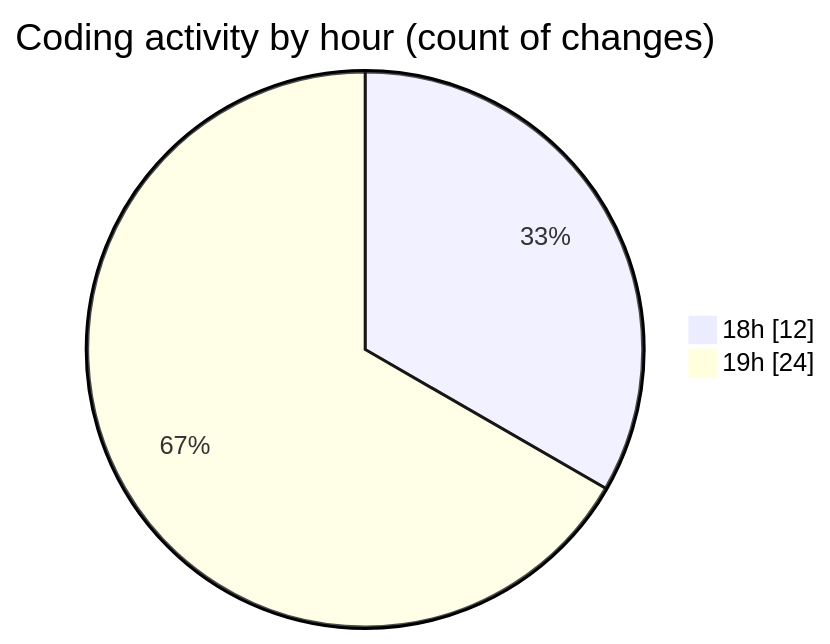
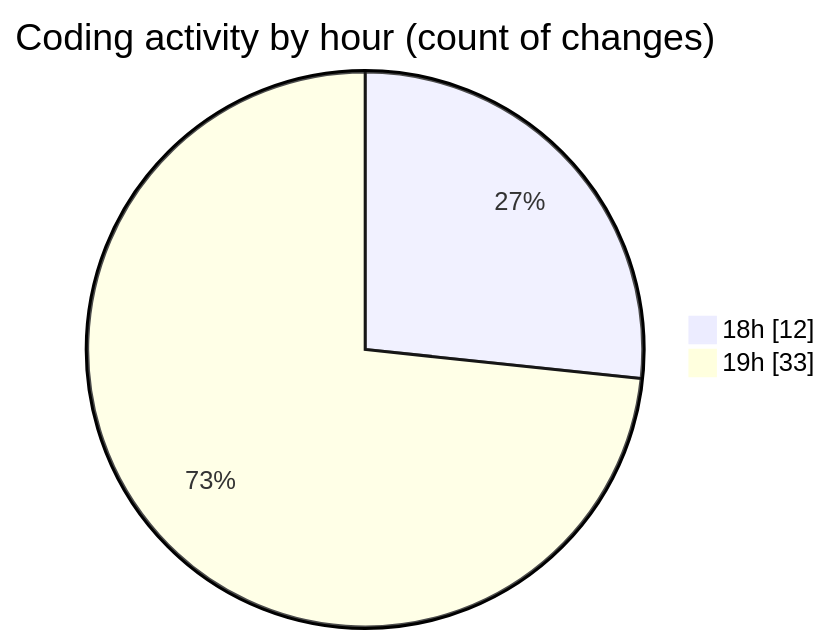
The second of 2 diagrams in 2025-03-14/myws__workspace_/README.md (MatusMokan/code-tracking), drawn with Mermaid before and after one commit. The commit also changed other lines of this file and 1 other file, not shown here.

````diff
--- a/2025-03-14/myws__workspace_/README.md
+++ b/2025-03-14/myws__workspace_/README.md
@@ -30,6 +30,6 @@
 ```mermaid
 pie showData
 title Coding activity by hour (count of changes)
 "18h" : 12
-"19h" : 24
+"19h" : 33
 ```
````
